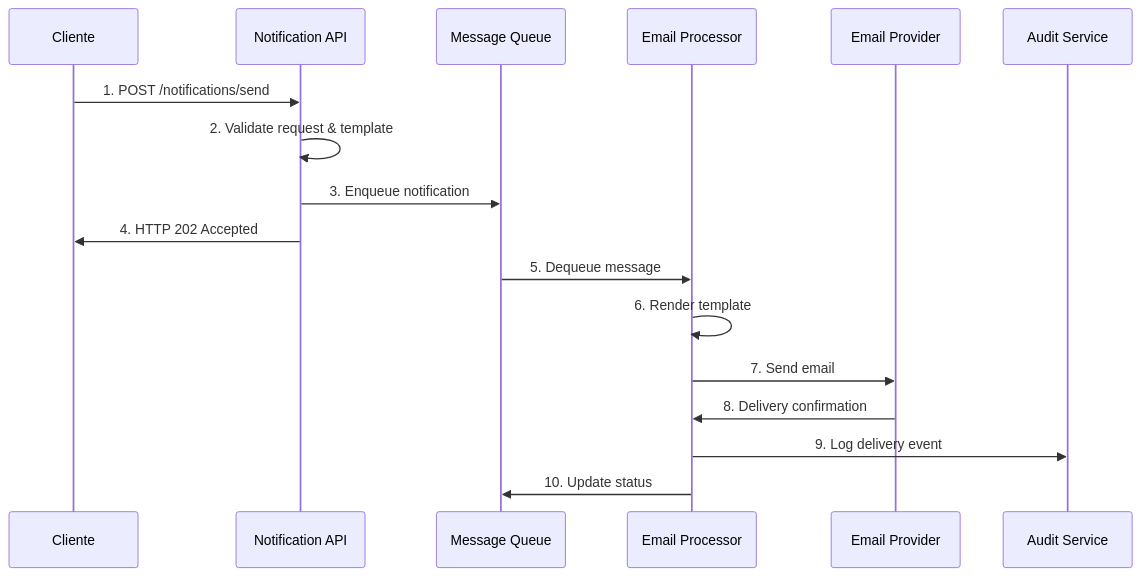
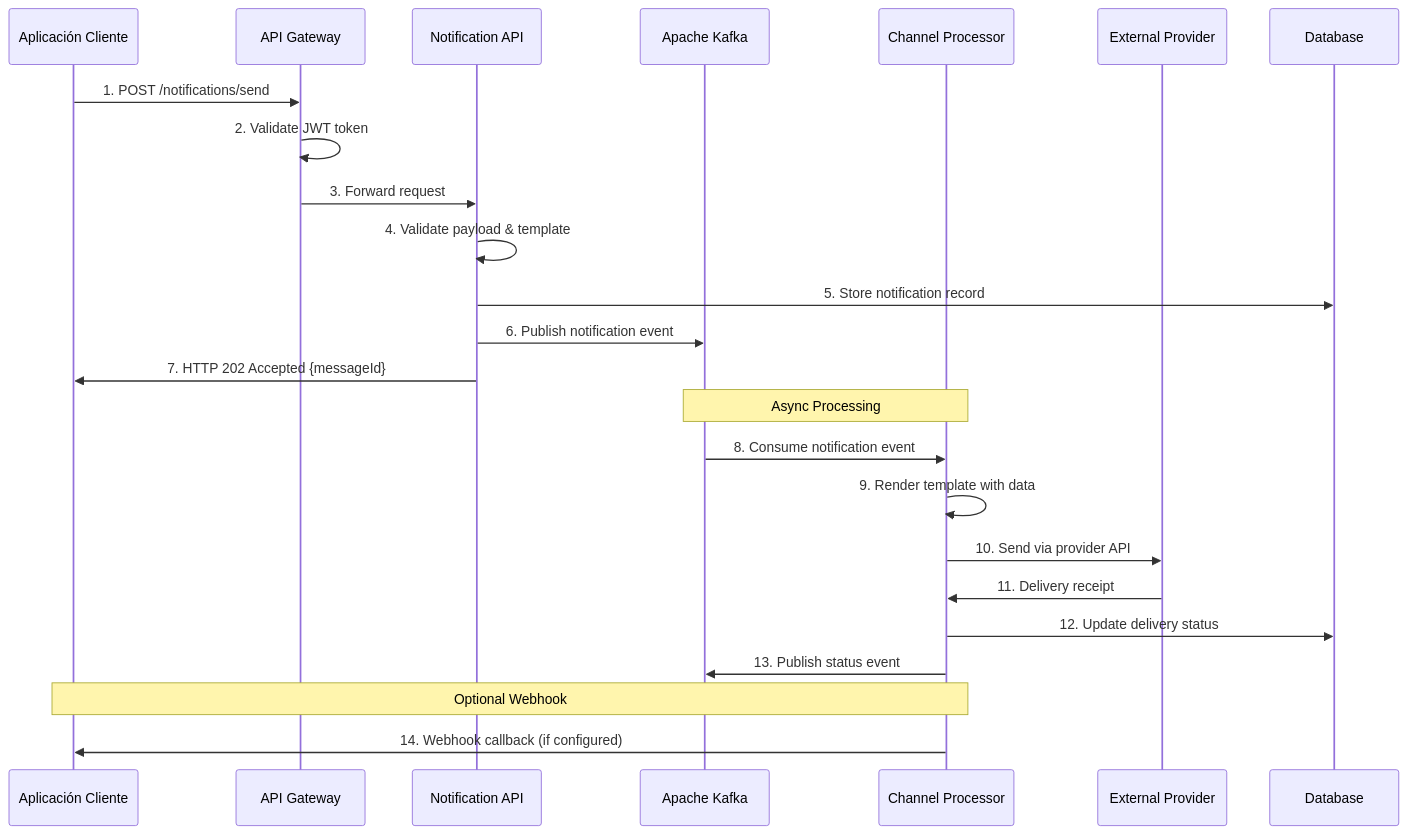
The first of 11 diagrams in docs/servicio-notificacion/06-vista-tiempo-ejecucion.md (jclemente-tlm/tlm-arq-servicios-corporativos), drawn with Mermaid before and after one commit. The commit also changed other lines of this file and 54 other files, not shown here.

````diff
--- a/docs/servicio-notificacion/06-vista-tiempo-ejecucion.md
+++ b/docs/servicio-notificacion/06-vista-tiempo-ejecucion.md
@@ -17,21 +22,30 @@
 ```mermaid
 sequenceDiagram
-    participant Client as Cliente
+    participant App as Aplicación Cliente
+    participant Gateway as API Gateway
     participant API as Notification API
-    participant Queue as Message Queue
-    participant Processor as Email Processor
-    participant Provider as Email Provider
-    participant Audit as Audit Service
+    participant Kafka as Apache Kafka
+    participant Processor as Channel Processor
+    participant Provider as External Provider
+    participant DB as Database
 
-    Client->>API: 1. POST /notifications/send
-    API->>API: 2. Validate request & template
-    API->>Queue: 3. Enqueue notification
-    API->>Client: 4. HTTP 202 Accepted
+    App->>Gateway: 1. POST /notifications/send
+    Gateway->>Gateway: 2. Validate JWT token
+    Gateway->>API: 3. Forward request
 
-    Queue->>Processor: 5. Dequeue message
-    Processor->>Processor: 6. Render template
-    Processor->>Provider: 7. Send email
-    Provider->>Processor: 8. Delivery confirmation
-    Processor->>Audit: 9. Log delivery event
-    Processor->>Queue: 10. Update status
+    API->>API: 4. Validate payload & template
+    API->>DB: 5. Store notification record
+    API->>Kafka: 6. Publish notification event
+    API->>App: 7. HTTP 202 Accepted {messageId}
+
+    Note over Kafka,Processor: Async Processing
+    Kafka->>Processor: 8. Consume notification event
+    Processor->>Processor: 9. Render template with data
+    Processor->>Provider: 10. Send via provider API
+    Provider->>Processor: 11. Delivery receipt
+    Processor->>DB: 12. Update delivery status
+    Processor->>Kafka: 13. Publish status event
+
+    Note over Processor,App: Optional Webhook
+    Processor->>App: 14. Webhook callback (if configured)
 ```
````
